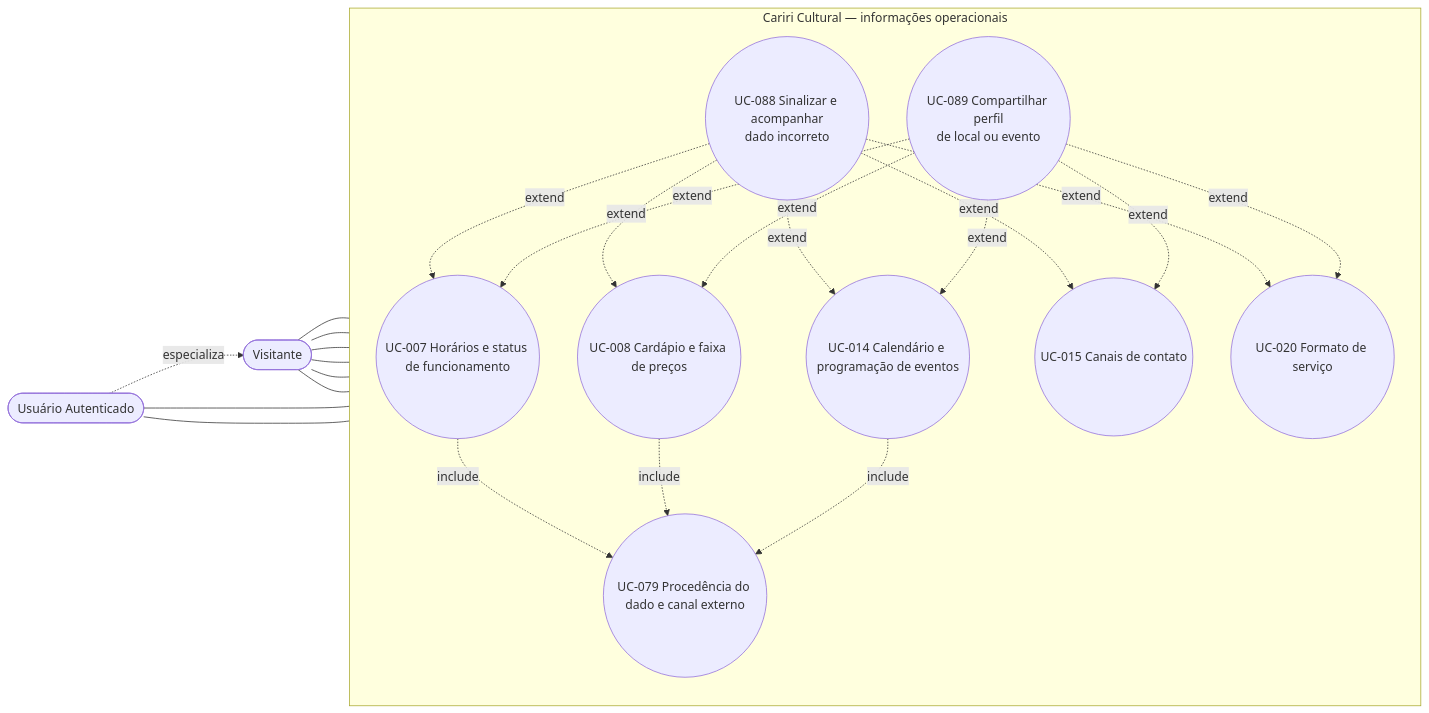
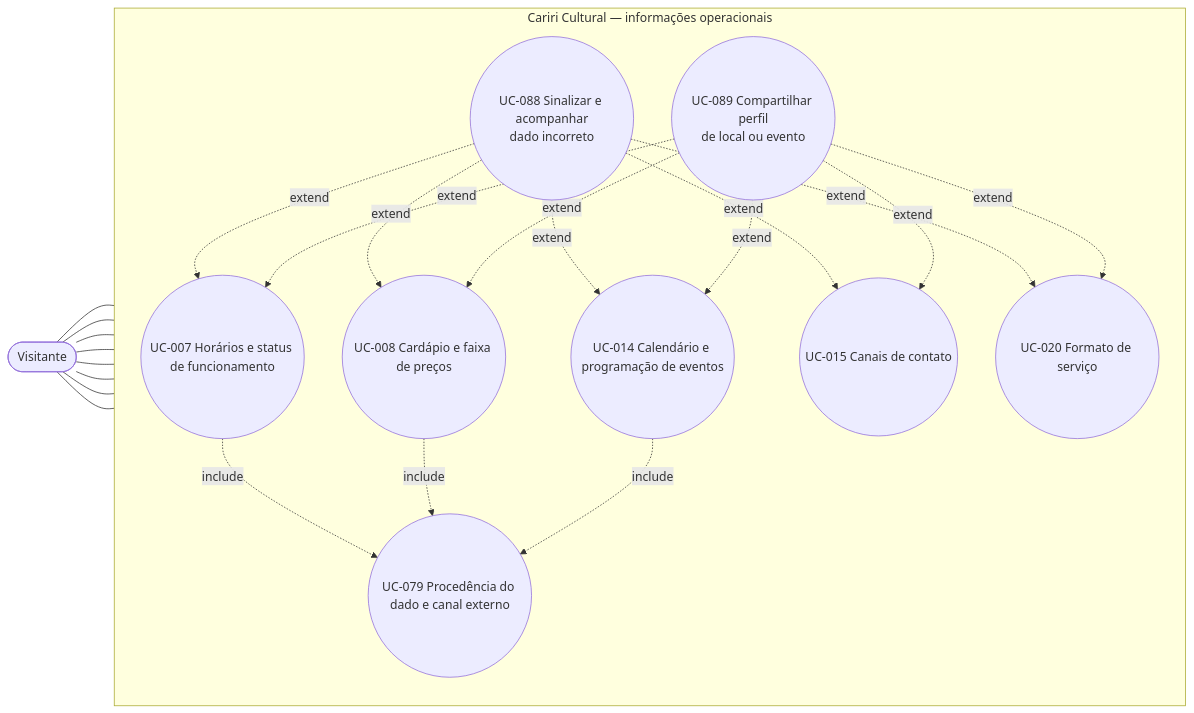
Before and after one commit to alan-mendes-ufca/CaririCultural: the fourth of 13 diagrams in home/user-cases/use-cases-diagram.md, drawn with Mermaid. The commit also changed other lines of this file, not shown here.

Commit message:
docs: refactor `use cases diagrams`

````diff
--- a/home/user-cases/use-cases-diagram.md
+++ b/home/user-cases/use-cases-diagram.md
@@ -122,35 +114,32 @@
 ```mermaid
 flowchart LR
     %% Atores
     V([Visitante])
-    U([Usuário Autenticado])
 
     %% Fronteira
     subgraph CC [Cariri Cultural — informações operacionais]
         direction TB
         UC007((UC-007 Horários e status de funcionamento))
         UC008((UC-008 Cardápio e faixa de preços))
         UC014((UC-014 Calendário e programação de eventos))
         UC015((UC-015 Canais de contato))
         UC020((UC-020 Formato de serviço))
         UC079((UC-079 Procedência do dado e canal externo))
 
         %% Nós convidados: extensões vindas dos diagramas 6 e 9
         UC088((UC-088 Sinalizar e acompanhar<br/>dado incorreto))
         UC089((UC-089 Compartilhar perfil<br/>de local ou evento))
     end
 
     %% Relações Ator -> Caso de Uso
-    V --- UC007 & UC008 & UC014 & UC015 & UC020 & UC079
-    U --- UC088 & UC089
-    U -.->|especializa| V
+    V --- UC007 & UC008 & UC014 & UC015 & UC020 & UC079 & UC088 & UC089
 
     %% Relações Include
     UC007 -.->|include| UC079
     UC008 -.->|include| UC079
     UC014 -.->|include| UC079
 
     %% Relações Extend vindas de fora do recorte
     UC088 -.->|extend| UC007 & UC008 & UC014 & UC015 & UC020
     UC089 -.->|extend| UC007 & UC008 & UC014 & UC015 & UC020
 ```
````
